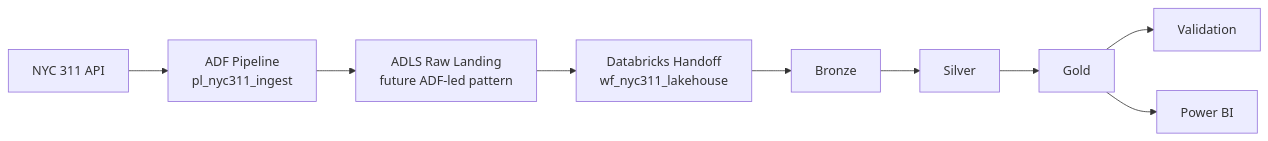
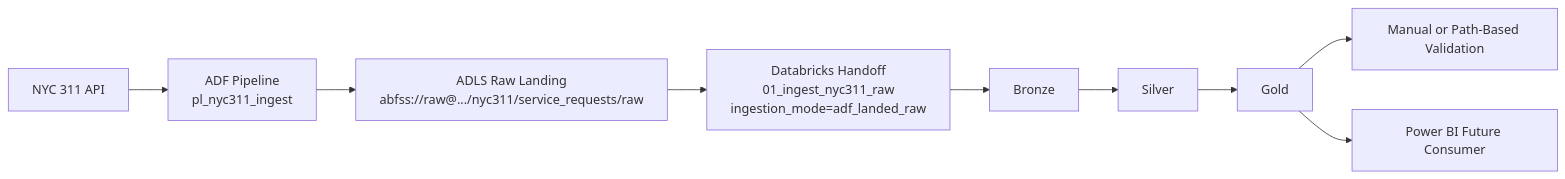
The diagram in docs/architecture/architecture-diagram.md (rihua-tech/nyc-311-service-requests-lakehouse), drawn with Mermaid before and after one commit. The commit also changed other lines of this file and 19 other files, not shown here.

Commit message:
feat: finalize milestone 11 ADF handoff documentation and proof

````diff
--- a/docs/architecture/architecture-diagram.md
+++ b/docs/architecture/architecture-diagram.md
@@ -15,11 +15,11 @@
 ```mermaid
 flowchart LR
     A[NYC 311 API] --> B[ADF Pipeline<br/>pl_nyc311_ingest]
-    B --> C[ADLS Raw Landing<br/>future ADF-led pattern]
-    C --> D[Databricks Handoff<br/>wf_nyc311_lakehouse]
+    B --> C[ADLS Raw Landing<br/>abfss://raw@.../nyc311/service_requests/raw]
+    C --> D[Databricks Handoff<br/>01_ingest_nyc311_raw<br/>ingestion_mode=adf_landed_raw]
     D --> E[Bronze]
     E --> F[Silver]
     F --> G[Gold]
-    G --> H[Validation]
-    G --> I[Power BI]
+    G --> H[Manual or Path-Based Validation]
+    G --> I[Power BI Future Consumer]
 ```
````
